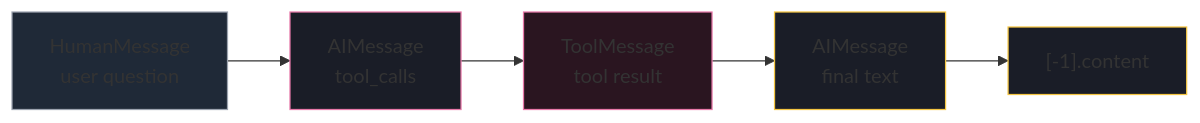
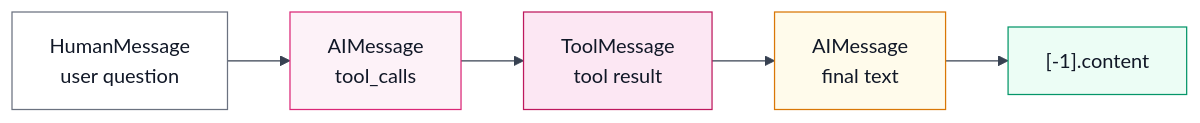
One commit to rahusri2/Agentic_AI changed the sixth of 10 diagrams in updatedlangchain/reference/README.md. Above: the diagram before and after it, drawn with Mermaid. The commit also changed other lines of this file and 1 other file, not shown here.

````diff
--- a/updatedlangchain/reference/README.md
+++ b/updatedlangchain/reference/README.md
@@ -121,13 +131,14 @@
 ```mermaid
+%%{init: {"theme":"base","themeVariables":{"primaryColor":"#ffffff","primaryTextColor":"#111827","primaryBorderColor":"#374151","lineColor":"#374151","mainBkg":"#ffffff","nodeTextColor":"#111827"}}}%%
 flowchart LR
   H[HumanMessage<br/>user question] --> AI1[AIMessage<br/>tool_calls]
   AI1 --> TM[ToolMessage<br/>tool result]
   TM --> AI2[AIMessage<br/>final text]
   AI2 --> OUT["[-1].content"]
 
-  style H fill:#1f2937,stroke:#9ca3af
-  style AI1 fill:#1a1d27,stroke:#e879a9
-  style TM fill:#2a1520,stroke:#e879a9
-  style AI2 fill:#1a1d27,stroke:#f4c542
-  style OUT fill:#1a1d27,stroke:#f4c542
+  style H fill:#ffffff,stroke:#6b7280,color:#111827
+  style AI1 fill:#fdf2f8,stroke:#db2777,color:#111827
+  style TM fill:#fce7f3,stroke:#be185d,color:#111827
+  style AI2 fill:#fffbeb,stroke:#d97706,color:#111827
+  style OUT fill:#ecfdf5,stroke:#059669,color:#111827
 ```
````
